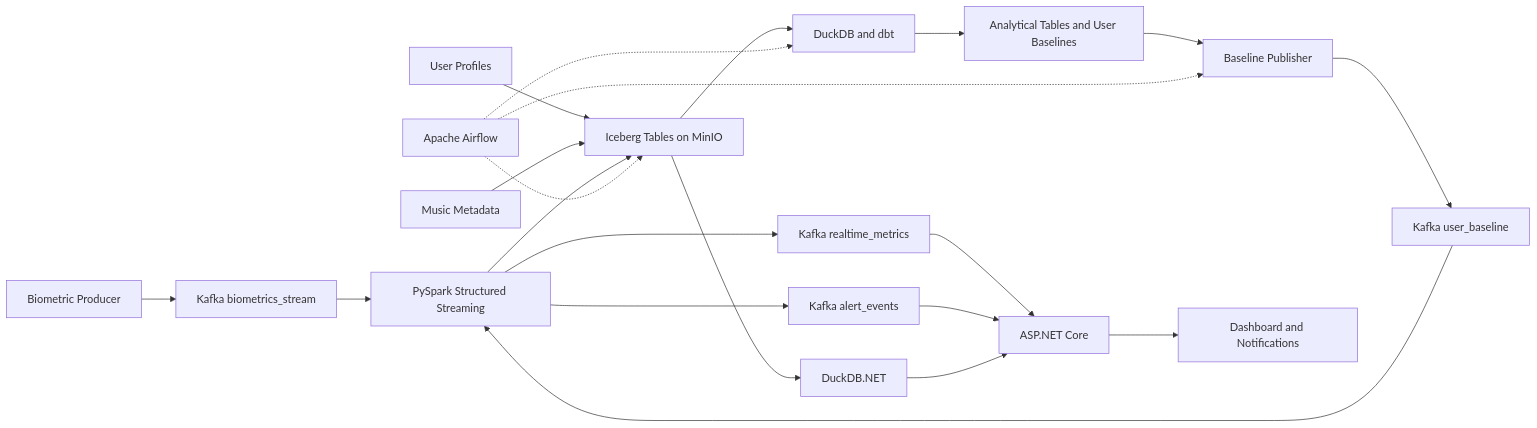
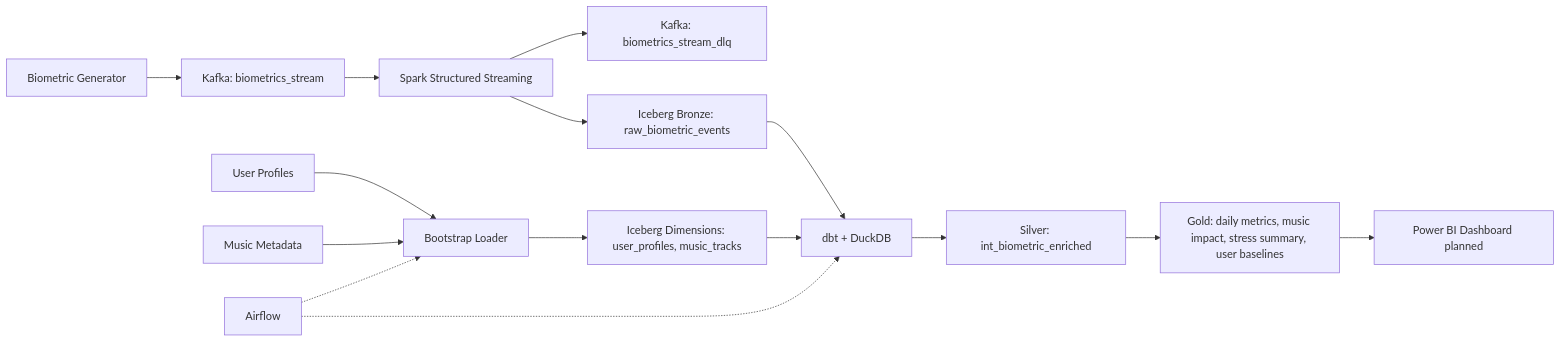
Before and after one commit to Litaaya/Music_Biometrics: the diagram in README.md, drawn with Mermaid. The commit also changed other lines of this file and 2 other files, not shown here.

````diff
--- a/README.md
+++ b/README.md
@@ -112,29 +133,23 @@
 ```mermaid
 graph LR
-    A1["Biometric Producer"] --> B1["Kafka biometrics_stream"]
-    A2["User Profiles"] --> D1["Iceberg Tables on MinIO"]
-    A3["Music Metadata"] --> D1
+    A["Biometric Generator"] --> B["Kafka: biometrics_stream"]
+    B --> C["Spark Structured Streaming"]
 
-    B1 --> C1["PySpark Structured Streaming"]
-    C1 --> D1
-    C1 --> B2["Kafka realtime_metrics"]
-    C1 --> B3["Kafka alert_events"]
+    C --> D["Kafka: biometrics_stream_dlq"]
+    C --> E["Iceberg Bronze: raw_biometric_events"]
 
-    D1 --> E1["DuckDB and dbt"]
-    E1 --> D2["Analytical Tables and User Baselines"]
+    U["User Profiles"] --> L["Bootstrap Loader"]
+    M["Music Metadata"] --> L
+    L --> F["Iceberg Dimensions: user_profiles, music_tracks"]
 
-    D2 --> F1["Baseline Publisher"]
-    F1 --> B4["Kafka user_baseline"]
-    B4 --> C1
+    E --> G["dbt + DuckDB"]
+    F --> G
 
-    B2 --> G1["ASP.NET Core"]
-    B3 --> G1
-    G1 --> H1["Dashboard and Notifications"]
+    G --> S["Silver: int_biometric_enriched"]
+    S --> H["Gold: daily metrics, music impact, stress summary, user baselines"]
 
-    D1 --> G2["DuckDB.NET"]
-    G2 --> G1
+    I["Airflow"] -.-> L
+    I -.-> G
 
-    I1["Apache Airflow"] -.-> E1
-    I1 -.-> F1
-    I1 -.-> D1
+    H --> P["Power BI Dashboard planned"]
 ```
````
